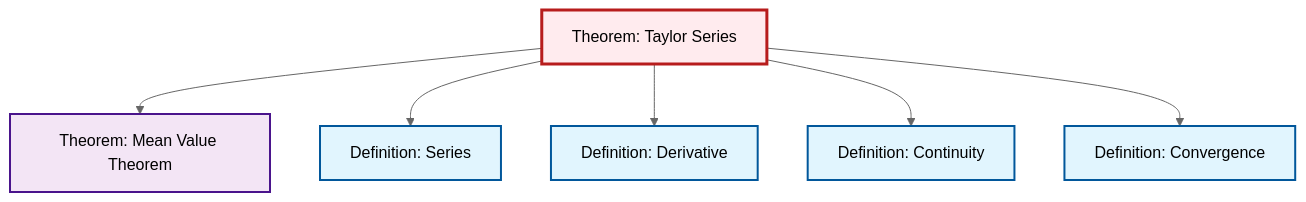
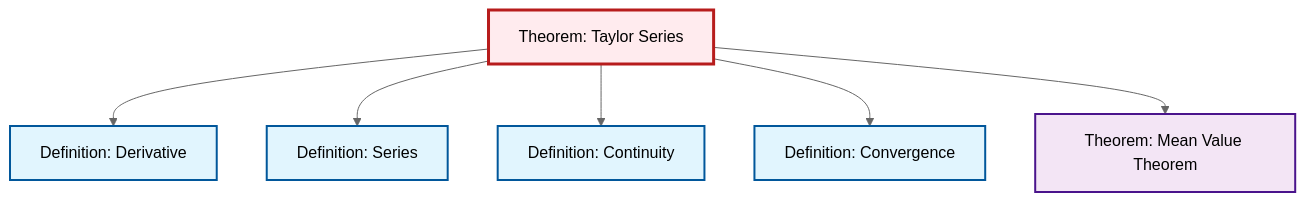
Before and after one commit to RK0429/ModernMath: the diagram in content/ja/analysis/thm-taylor-series.qmd, drawn with Mermaid (neutral theme). The commit also changed other lines of this file and 554 other files, not shown here.

````diff
--- a/content/ja/analysis/thm-taylor-series.qmd
+++ b/content/ja/analysis/thm-taylor-series.qmd
@@ -108,26 +108,26 @@
 ```{mermaid}
 %%| fig-cap: "Local dependency graph"
 graph TD
     classDef definition fill:#e1f5fe,stroke:#01579b,stroke-width:2px
     classDef theorem fill:#f3e5f5,stroke:#4a148c,stroke-width:2px
     classDef axiom fill:#fff3e0,stroke:#e65100,stroke-width:2px
     classDef example fill:#e8f5e9,stroke:#1b5e20,stroke-width:2px
     classDef current fill:#ffebee,stroke:#b71c1c,stroke-width:3px
-    def-convergence["Definition: Convergence"]:::definition
+    def-continuity["Definition: Continuity"]:::definition
     def-series["Definition: Series"]:::definition
     thm-mean-value["Theorem: Mean Value Theorem"]:::theorem
+    thm-taylor-series["Theorem: Taylor Series"]:::theorem
+    def-convergence["Definition: Convergence"]:::definition
     def-derivative["Definition: Derivative"]:::definition
-    def-continuity["Definition: Continuity"]:::definition
-    thm-taylor-series["Theorem: Taylor Series"]:::theorem
-    thm-taylor-series --> thm-mean-value
+    thm-taylor-series --> def-derivative
     thm-taylor-series --> def-series
-    thm-taylor-series --> def-derivative
     thm-taylor-series --> def-continuity
     thm-taylor-series --> def-convergence
+    thm-taylor-series --> thm-mean-value
     class thm-taylor-series current
-    click def-convergence "def-convergence.html" "Definition: Convergenceへ"
+    click def-continuity "def-continuity.html" "Definition: Continuityへ"
     click def-series "def-series.html" "Definition: Seriesへ"
     click thm-mean-value "thm-mean-value.html" "Theorem: Mean Value Theoremへ"
+    click def-convergence "def-convergence.html" "Definition: Convergenceへ"
     click def-derivative "def-derivative.html" "Definition: Derivativeへ"
-    click def-continuity "def-continuity.html" "Definition: Continuityへ"
 ```
````
